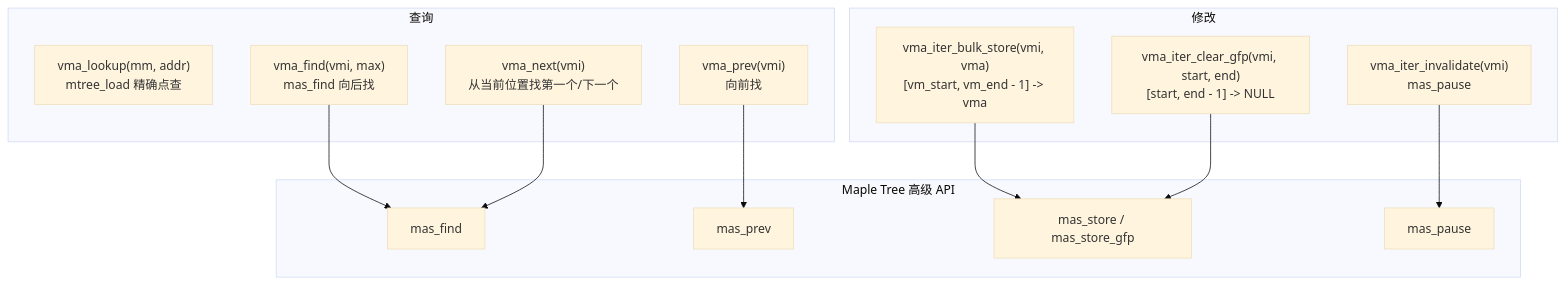
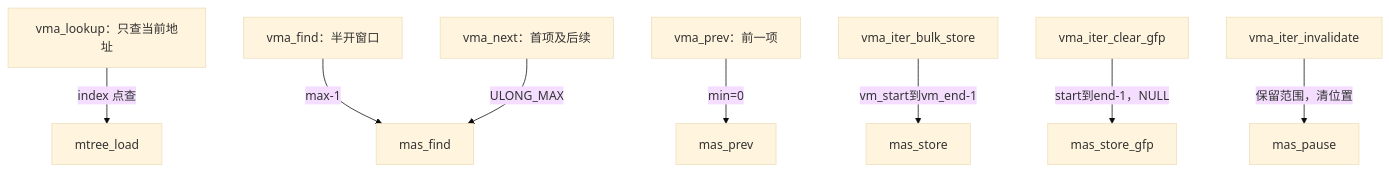
One commit to FormingSystem/linux_note changed the eighth of 13 diagrams in knowledge/linux/data_structures/红黑树_rb-tree/P15_Linux_6.12_Maple_Tree_源码结构与_API_分层.md. Above: the diagram before and after it, drawn with Mermaid (base theme). The commit also changed other lines of this file and 17 other files, not shown here.

````diff
--- a/knowledge/linux/data_structures/红黑树_rb-tree/P15_Linux_6.12_Maple_Tree_源码结构与_API_分层.md
+++ b/knowledge/linux/data_structures/红黑树_rb-tree/P15_Linux_6.12_Maple_Tree_源码结构与_API_分层.md
@@ -699,29 +678,10 @@
 ```mermaid
 flowchart TD
-    subgraph QUERY["查询"]
-        Q1["vma_lookup(mm, addr)<br/>mtree_load 精确点查"]
-        Q2["vma_find(vmi, max)<br/>mas_find 向后找"]
-        Q3["vma_next(vmi)<br/>从当前位置找第一个/下一个"]
-        Q4["vma_prev(vmi)<br/>向前找"]
-    end
-
-    subgraph WRITE["修改"]
-        W1["vma_iter_bulk_store(vmi, vma)<br/>[vm_start, vm_end - 1] -> vma"]
-        W2["vma_iter_clear_gfp(vmi, start, end)<br/>[start, end - 1] -> NULL"]
-        W3["vma_iter_invalidate(vmi)<br/>mas_pause"]
-    end
-
-    subgraph CORE["Maple Tree 高级 API"]
-        M1["mas_find"]
-        M2["mas_prev"]
-        M3["mas_store / mas_store_gfp"]
-        M4["mas_pause"]
-    end
-
-    Q2 --> M1
-    Q3 --> M1
-    Q4 --> M2
-    W1 --> M3
-    W2 --> M3
-    W3 --> M4
+    Q1["vma_lookup：只查当前地址"] -->|index 点查| LOAD["mtree_load"]
+    Q2["vma_find：半开窗口"] -->|max-1| FIND["mas_find"]
+    Q3["vma_next：首项及后续"] -->|ULONG_MAX| FIND
+    Q4["vma_prev：前一项"] -->|min=0| PREV["mas_prev"]
+    W1["vma_iter_bulk_store"] -->|vm_start到vm_end-1| STORE["mas_store"]
+    W2["vma_iter_clear_gfp"] -->|start到end-1，NULL| CLEAR["mas_store_gfp"]
+    W3["vma_iter_invalidate"] -->|保留范围，清位置| PAUSE["mas_pause"]
 ```
````
